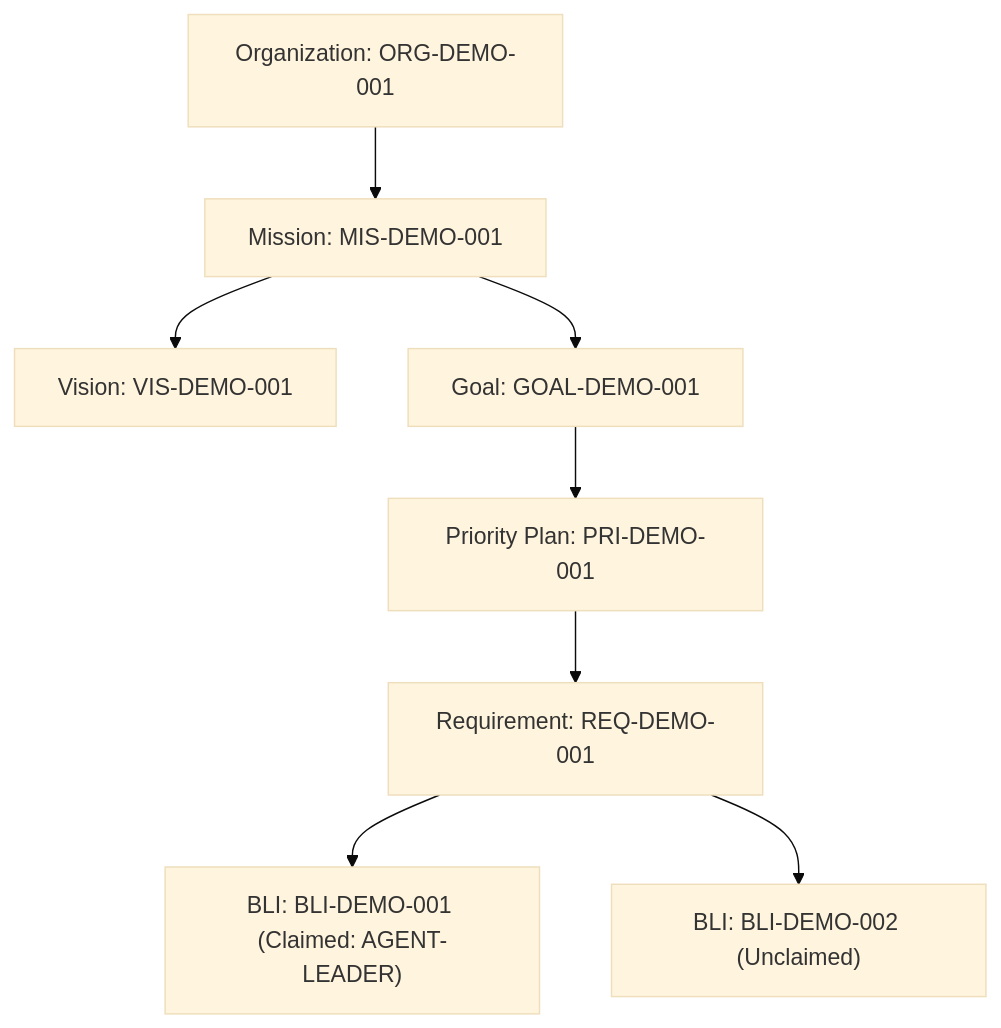
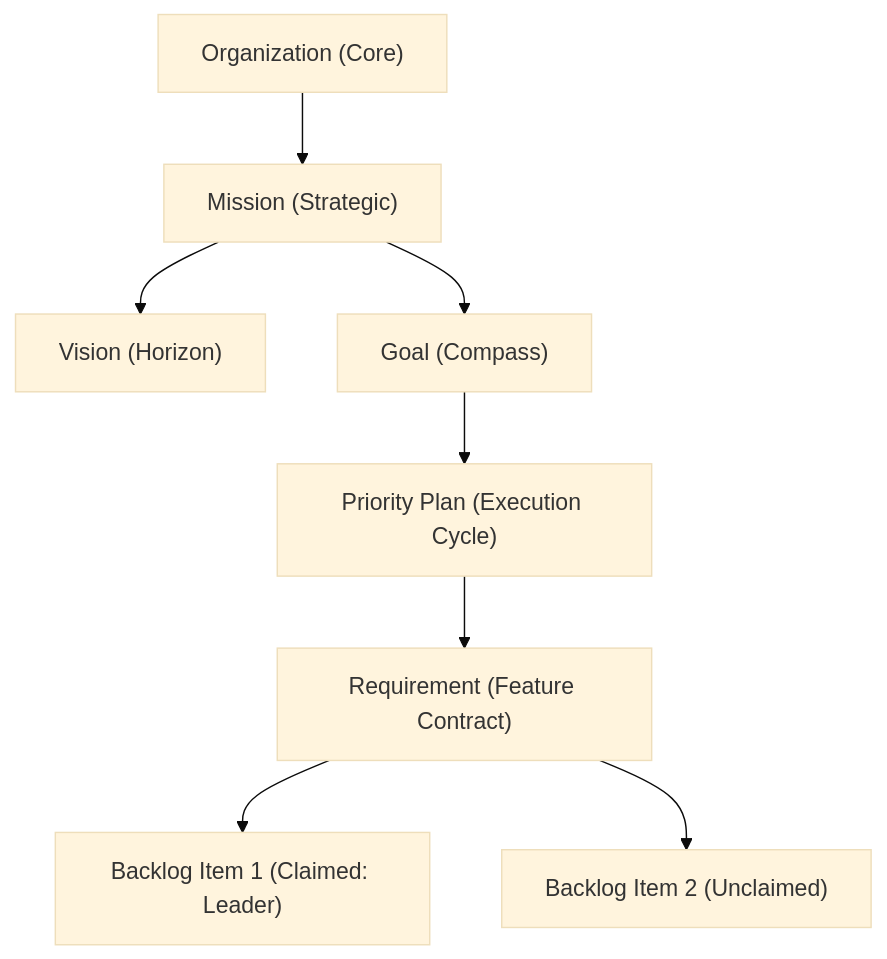
One commit to zqk-os/zqk changed the second of 3 diagrams in docs/guides/CLI_STATE_SUBSYSTEM_GUIDE.md. Above: the diagram before and after it, drawn with Mermaid (base theme).

Commit message:
docs(state): eliminate prohibited identifier patterns from state subsystem guide

````diff
--- a/docs/guides/CLI_STATE_SUBSYSTEM_GUIDE.md
+++ b/docs/guides/CLI_STATE_SUBSYSTEM_GUIDE.md
@@ -107,10 +107,10 @@
 ```mermaid
 graph TD
-    ORG["Organization: ORG-DEMO-001"] --> MIS["Mission: MIS-DEMO-001"]
-    MIS --> VIS["Vision: VIS-DEMO-001"]
-    MIS --> GOAL["Goal: GOAL-DEMO-001"]
-    GOAL --> PLAN["Priority Plan: PRI-DEMO-001"]
-    PLAN --> REQ["Requirement: REQ-DEMO-001"]
-    REQ --> BLI1["BLI: BLI-DEMO-001 (Claimed: AGENT-LEADER)"]
-    REQ --> BLI2["BLI: BLI-DEMO-002 (Unclaimed)"]
+    ORG["Organization (Core)"] --> MIS["Mission (Strategic)"]
+    MIS --> VIS["Vision (Horizon)"]
+    MIS --> GOAL["Goal (Compass)"]
+    GOAL --> PLAN["Priority Plan (Execution Cycle)"]
+    PLAN --> REQ["Requirement (Feature Contract)"]
+    REQ --> BLI1["Backlog Item 1 (Claimed: Leader)"]
+    REQ --> BLI2["Backlog Item 2 (Unclaimed)"]
 ```
````
